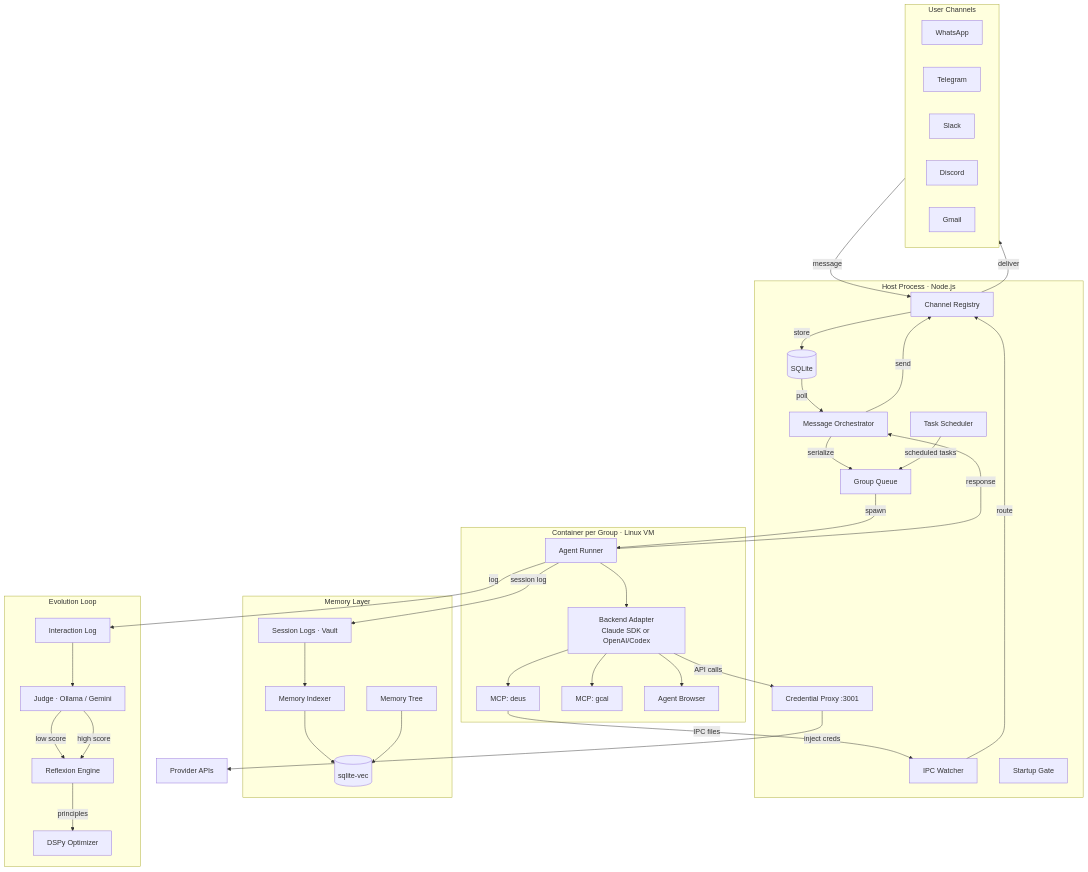
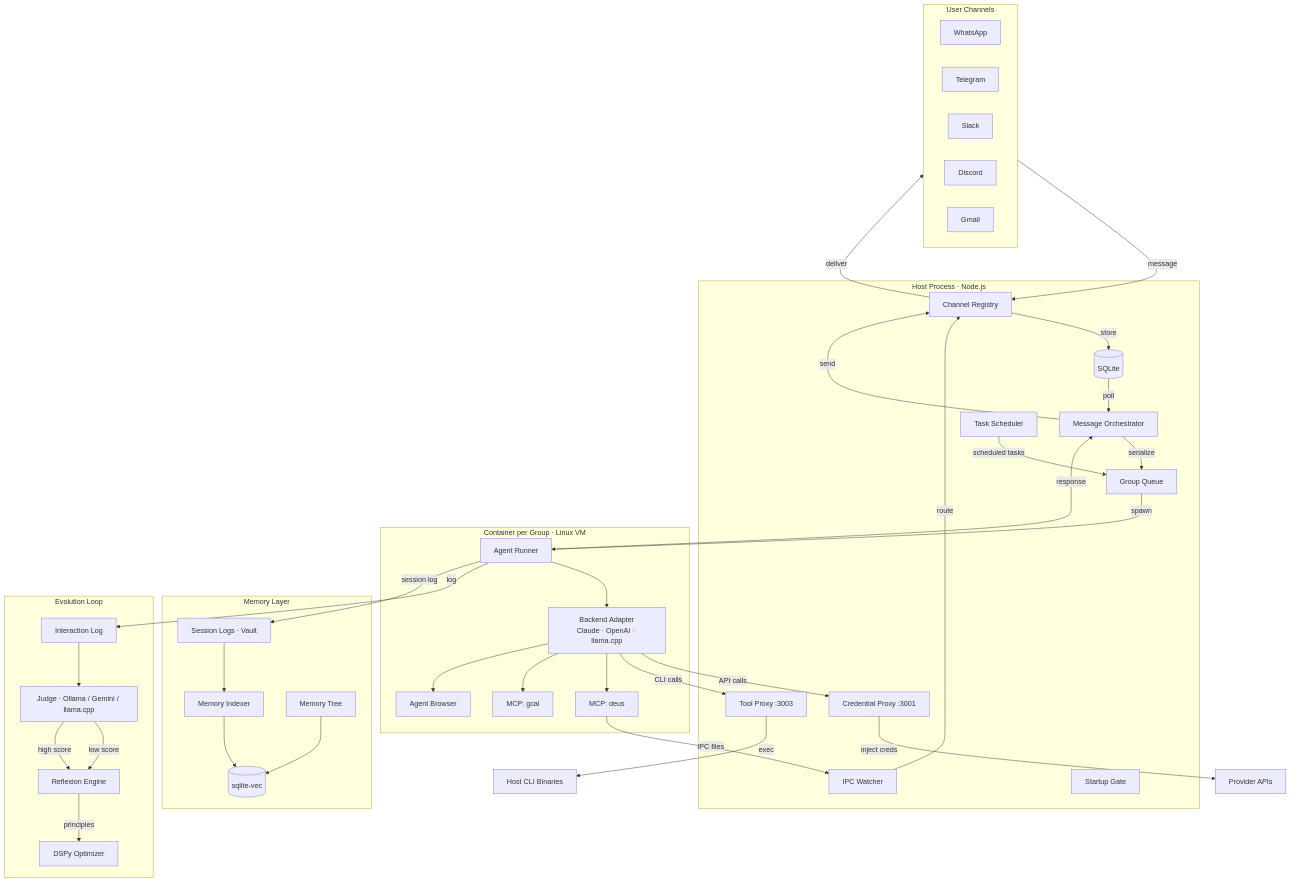
The first of 8 diagrams in docs/ARCHITECTURE.md (sliamh11/nanoclaw), drawn with Mermaid before and after one commit. The commit also changed other lines of this file and 2 other files, not shown here.

First line of the commit message:
docs(arch): align ARCHITECTURE.md, AGENTS.md, README.md with recent additions

````diff
--- a/docs/ARCHITECTURE.md
+++ b/docs/ARCHITECTURE.md
@@ -9,70 +9,73 @@
 ```mermaid
 graph TB
     subgraph Users["User Channels"]
         WA[WhatsApp]
         TG[Telegram]
         SL[Slack]
         DC[Discord]
         GM[Gmail]
     end
 
     subgraph Host["Host Process · Node.js"]
         CR[Channel Registry]
         DB[(SQLite)]
         MO[Message Orchestrator]
         GQ[Group Queue]
         CP[Credential Proxy :3001]
+        TP[Tool Proxy :3003]
         TS[Task Scheduler]
         IPC[IPC Watcher]
         SG[Startup Gate]
     end
 
     subgraph Containers["Container per Group · Linux VM"]
         AR[Agent Runner]
-        RT[Backend Adapter<br/>Claude SDK or OpenAI/Codex]
+        RT[Backend Adapter<br/>Claude · OpenAI · llama.cpp]
         MCP_D[MCP: deus]
         MCP_G[MCP: gcal]
         BR[Agent Browser]
     end
 
     subgraph Memory["Memory Layer"]
         MI[Memory Indexer]
         MT[Memory Tree]
         VEC[(sqlite-vec)]
         VAULT[Session Logs · Vault]
     end
 
     subgraph Evolution["Evolution Loop"]
-        JUDGE[Judge · Ollama / Gemini]
+        JUDGE[Judge · Ollama / Gemini / llama.cpp]
         REFL[Reflexion Engine]
         DSPY[DSPy Optimizer]
         ILOG[Interaction Log]
     end
 
     Users -->|message| CR
     CR -->|store| DB
     DB -->|poll| MO
     MO -->|serialize| GQ
     GQ -->|spawn| AR
     AR --> RT
     RT -->|API calls| CP
+    RT -->|CLI calls| TP
     CP -->|inject creds| API[Provider APIs]
+    TP -->|exec| HCLI[Host CLI Binaries]
     RT --> MCP_D
     RT --> MCP_G
     RT --> BR
     MCP_D -->|IPC files| IPC
     IPC -->|route| CR
     TS -->|scheduled tasks| GQ
     AR -->|response| MO
     MO -->|send| CR
     CR -->|deliver| Users
     AR -->|log| ILOG
     ILOG --> JUDGE
     JUDGE -->|low score| REFL
     JUDGE -->|high score| REFL
     REFL -->|principles| DSPY
     AR -->|session log| VAULT
     VAULT --> MI
     MI --> VEC
     MT --> VEC
 ```
````
